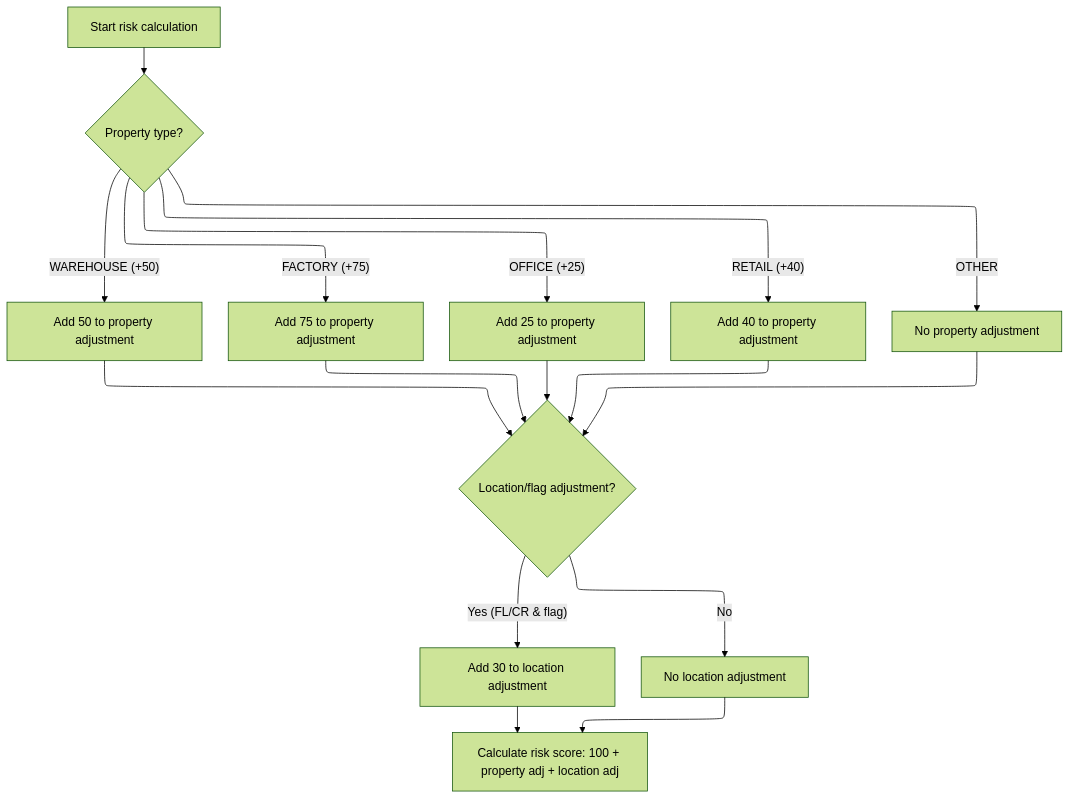
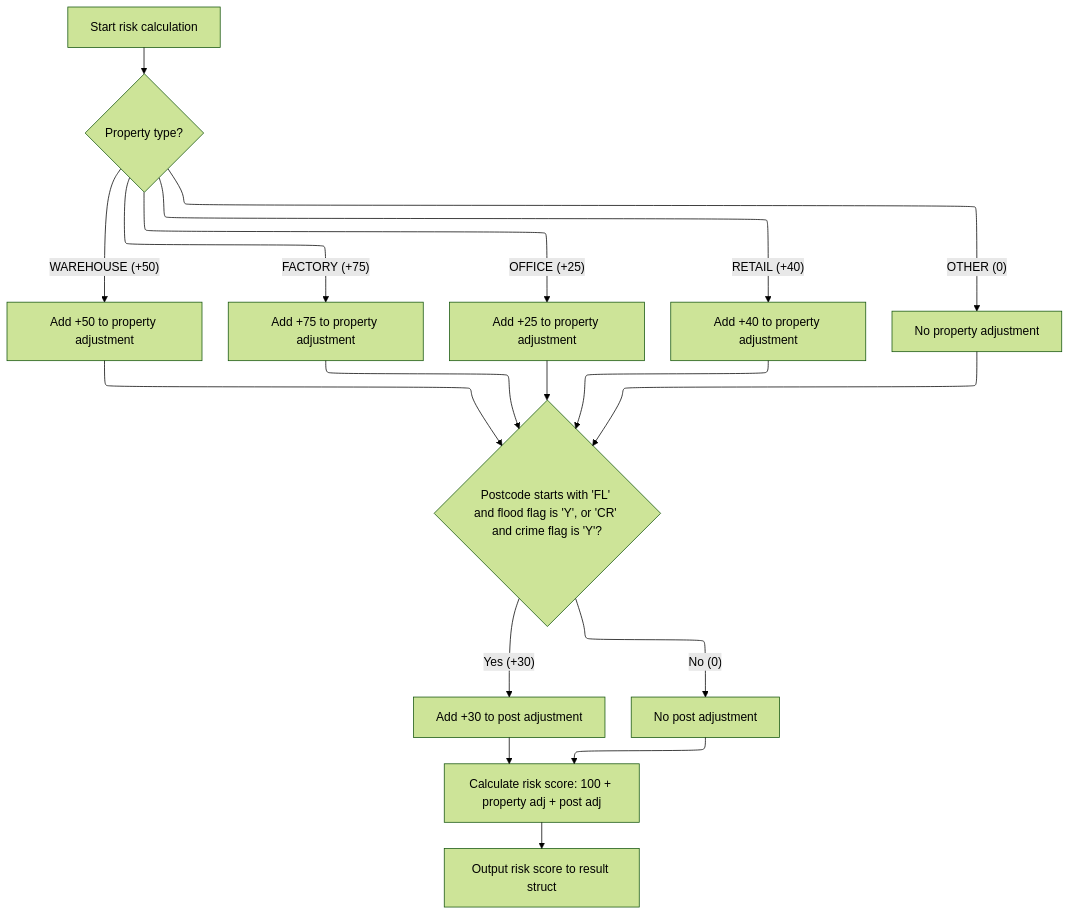
One commit to Giri-Swimm/Swimmio-genapp-motor changed the third of 4 diagrams in .swm/risk-assessment-and-premium-calculation-lgpcalc1.a7vdekvv.sw.md. Above: the diagram before and after it, drawn with Mermaid (forest theme). The commit also changed other lines of this file and 21 other files, not shown here.

````diff
--- a/.swm/risk-assessment-and-premium-calculation-lgpcalc1.a7vdekvv.sw.md
+++ b/.swm/risk-assessment-and-premium-calculation-lgpcalc1.a7vdekvv.sw.md
@@ -313,66 +291,66 @@
 ```mermaid
 %%{init: {"flowchart": {"defaultRenderer": "elk"}} }%%
 flowchart TD
-    node1["Start risk calculation"]
+    node1["Start risk calculation"] --> node2{"Property type?"}
     click node1 openCode "base/src/lgpcalc1.cbl:149:152"
-    node1 --> node2{"Property type?"}
+    node2 -->|"WAREHOUSE (+50)"| node3["Add +50 to property adjustment"]
+    node2 -->|"FACTORY (+75)"| node4["Add +75 to property adjustment"]
+    node2 -->|"OFFICE (+25)"| node5["Add +25 to property adjustment"]
+    node2 -->|"RETAIL (+40)"| node6["Add +40 to property adjustment"]
+    node2 -->|"OTHER (0)"| node7["No property adjustment"]
     click node2 openCode "base/src/lgpcalc1.cbl:153:168"
-    node2 -->|"WAREHOUSE (+50)"| node3["Add 50 to property adjustment"]
-    click node3 openCode "base/src/lgpcalc1.cbl:155:156"
-    node2 -->|"FACTORY (+75)"| node4["Add 75 to property adjustment"]
-    click node4 openCode "base/src/lgpcalc1.cbl:158:159"
-    node2 -->|"OFFICE (+25)"| node5["Add 25 to property adjustment"]
-    click node5 openCode "base/src/lgpcalc1.cbl:161:162"
-    node2 -->|"RETAIL (+40)"| node6["Add 40 to property adjustment"]
-    click node6 openCode "base/src/lgpcalc1.cbl:164:165"
-    node2 -->|"OTHER"| node7["No property adjustment"]
-    click node7 openCode "base/src/lgpcalc1.cbl:167:167"
-    node3 --> node8{"Location/flag adjustment?"}
+    node3 --> node8{"Postcode starts with 'FL' and flood flag is 'Y', or 'CR' and crime flag is 'Y'?"}
     node4 --> node8
     node5 --> node8
     node6 --> node8
     node7 --> node8
+    click node3 openCode "base/src/lgpcalc1.cbl:155:156"
+    click node4 openCode "base/src/lgpcalc1.cbl:158:159"
+    click node5 openCode "base/src/lgpcalc1.cbl:161:162"
+    click node6 openCode "base/src/lgpcalc1.cbl:164:165"
+    click node7 openCode "base/src/lgpcalc1.cbl:167:167"
+    node8 -->|"Yes (+30)"| node9["Add +30 to post adjustment"]
+    node8 -->|"No (0)"| node10["No post adjustment"]
     click node8 openCode "base/src/lgpcalc1.cbl:170:174"
-    node8 -->|"Yes (FL/CR & flag)"| node9["Add 30 to location adjustment"]
     click node9 openCode "base/src/lgpcalc1.cbl:172:173"
-    node8 -->|"No"| node10["No location adjustment"]
     click node10 openCode "base/src/lgpcalc1.cbl:174:174"
-    node9 --> node11["Calculate risk score: 100 + property adj + location adj"]
+    node9 --> node11["Calculate risk score: 100 + property adj + post adj"]
     node10 --> node11
-    click node11 openCode "base/src/lgpcalc1.cbl:176:179"
-
+    click node11 openCode "base/src/lgpcalc1.cbl:176:177"
+    node11 --> node12["Output risk score to result struct"]
+    click node12 openCode "base/src/lgpcalc1.cbl:179:180"
 classDef HeadingStyle fill:#777777,stroke:#333,stroke-width:2px;
 
 %% Swimm:
 %% %%{init: {"flowchart": {"defaultRenderer": "elk"}} }%%
 %% flowchart TD
-%%     node1["Start risk calculation"]
+%%     node1["Start risk calculation"] --> node2{"Property type?"}
 %%     click node1 openCode "<SwmPath>[base/src/lgpcalc1.cbl](base/src/lgpcalc1.cbl)</SwmPath>:149:152"
-%%     node1 --> node2{"Property type?"}
+%%     node2 -->|"WAREHOUSE (+50)"| node3["Add +50 to property adjustment"]
+%%     node2 -->|"FACTORY (+75)"| node4["Add +75 to property adjustment"]
+%%     node2 -->|"OFFICE (+25)"| node5["Add +25 to property adjustment"]
+%%     node2 -->|"RETAIL (+40)"| node6["Add +40 to property adjustment"]
+%%     node2 -->|"OTHER (0)"| node7["No property adjustment"]
 %%     click node2 openCode "<SwmPath>[base/src/lgpcalc1.cbl](base/src/lgpcalc1.cbl)</SwmPath>:153:168"
-%%     node2 -->|"WAREHOUSE (+50)"| node3["Add 50 to property adjustment"]
-%%     click node3 openCode "<SwmPath>[base/src/lgpcalc1.cbl](base/src/lgpcalc1.cbl)</SwmPath>:155:156"
-%%     node2 -->|"FACTORY (+75)"| node4["Add 75 to property adjustment"]
-%%     click node4 openCode "<SwmPath>[base/src/lgpcalc1.cbl](base/src/lgpcalc1.cbl)</SwmPath>:158:159"
-%%     node2 -->|"OFFICE (+25)"| node5["Add 25 to property adjustment"]
-%%     click node5 openCode "<SwmPath>[base/src/lgpcalc1.cbl](base/src/lgpcalc1.cbl)</SwmPath>:161:162"
-%%     node2 -->|"RETAIL (+40)"| node6["Add 40 to property adjustment"]
-%%     click node6 openCode "<SwmPath>[base/src/lgpcalc1.cbl](base/src/lgpcalc1.cbl)</SwmPath>:164:165"
-%%     node2 -->|"OTHER"| node7["No property adjustment"]
-%%     click node7 openCode "<SwmPath>[base/src/lgpcalc1.cbl](base/src/lgpcalc1.cbl)</SwmPath>:167:167"
-%%     node3 --> node8{"Location/flag adjustment?"}
+%%     node3 --> node8{"Postcode starts with 'FL' and flood flag is 'Y', or 'CR' and crime flag is 'Y'?"}
 %%     node4 --> node8
 %%     node5 --> node8
 %%     node6 --> node8
 %%     node7 --> node8
+%%     click node3 openCode "<SwmPath>[base/src/lgpcalc1.cbl](base/src/lgpcalc1.cbl)</SwmPath>:155:156"
+%%     click node4 openCode "<SwmPath>[base/src/lgpcalc1.cbl](base/src/lgpcalc1.cbl)</SwmPath>:158:159"
+%%     click node5 openCode "<SwmPath>[base/src/lgpcalc1.cbl](base/src/lgpcalc1.cbl)</SwmPath>:161:162"
+%%     click node6 openCode "<SwmPath>[base/src/lgpcalc1.cbl](base/src/lgpcalc1.cbl)</SwmPath>:164:165"
+%%     click node7 openCode "<SwmPath>[base/src/lgpcalc1.cbl](base/src/lgpcalc1.cbl)</SwmPath>:167:167"
+%%     node8 -->|"Yes (+30)"| node9["Add +30 to post adjustment"]
+%%     node8 -->|"No (0)"| node10["No post adjustment"]
 %%     click node8 openCode "<SwmPath>[base/src/lgpcalc1.cbl](base/src/lgpcalc1.cbl)</SwmPath>:170:174"
-%%     node8 -->|"Yes (FL/CR & flag)"| node9["Add 30 to location adjustment"]
 %%     click node9 openCode "<SwmPath>[base/src/lgpcalc1.cbl](base/src/lgpcalc1.cbl)</SwmPath>:172:173"
-%%     node8 -->|"No"| node10["No location adjustment"]
 %%     click node10 openCode "<SwmPath>[base/src/lgpcalc1.cbl](base/src/lgpcalc1.cbl)</SwmPath>:174:174"
-%%     node9 --> node11["Calculate risk score: 100 + property adj + location adj"]
+%%     node9 --> node11["Calculate risk score: 100 + property adj + post adj"]
 %%     node10 --> node11
-%%     click node11 openCode "<SwmPath>[base/src/lgpcalc1.cbl](base/src/lgpcalc1.cbl)</SwmPath>:176:179"
-%% 
+%%     click node11 openCode "<SwmPath>[base/src/lgpcalc1.cbl](base/src/lgpcalc1.cbl)</SwmPath>:176:177"
+%%     node11 --> node12["Output risk score to result struct"]
+%%     click node12 openCode "<SwmPath>[base/src/lgpcalc1.cbl](base/src/lgpcalc1.cbl)</SwmPath>:179:180"
 %% classDef HeadingStyle fill:#777777,stroke:#333,stroke-width:2px;
 ```
````
